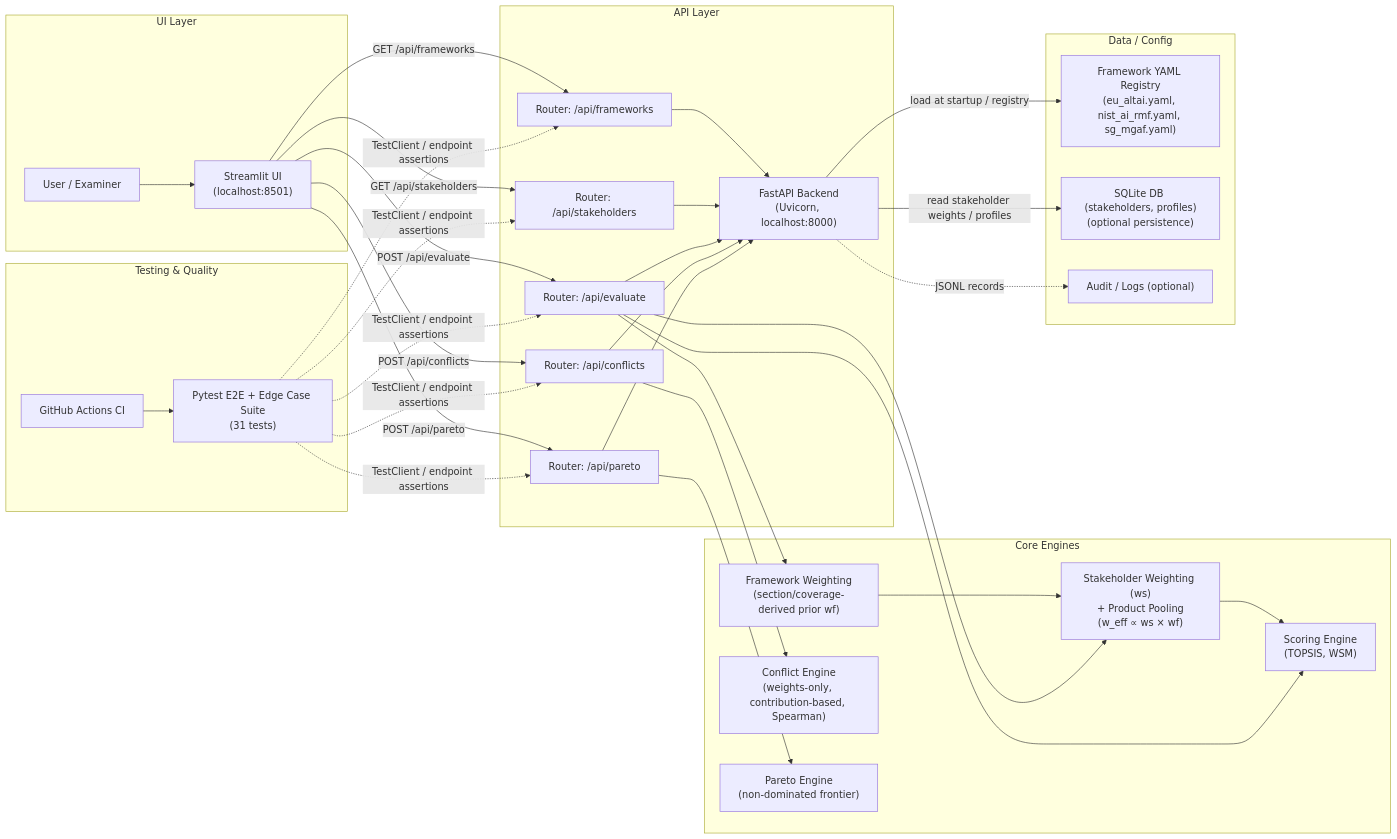
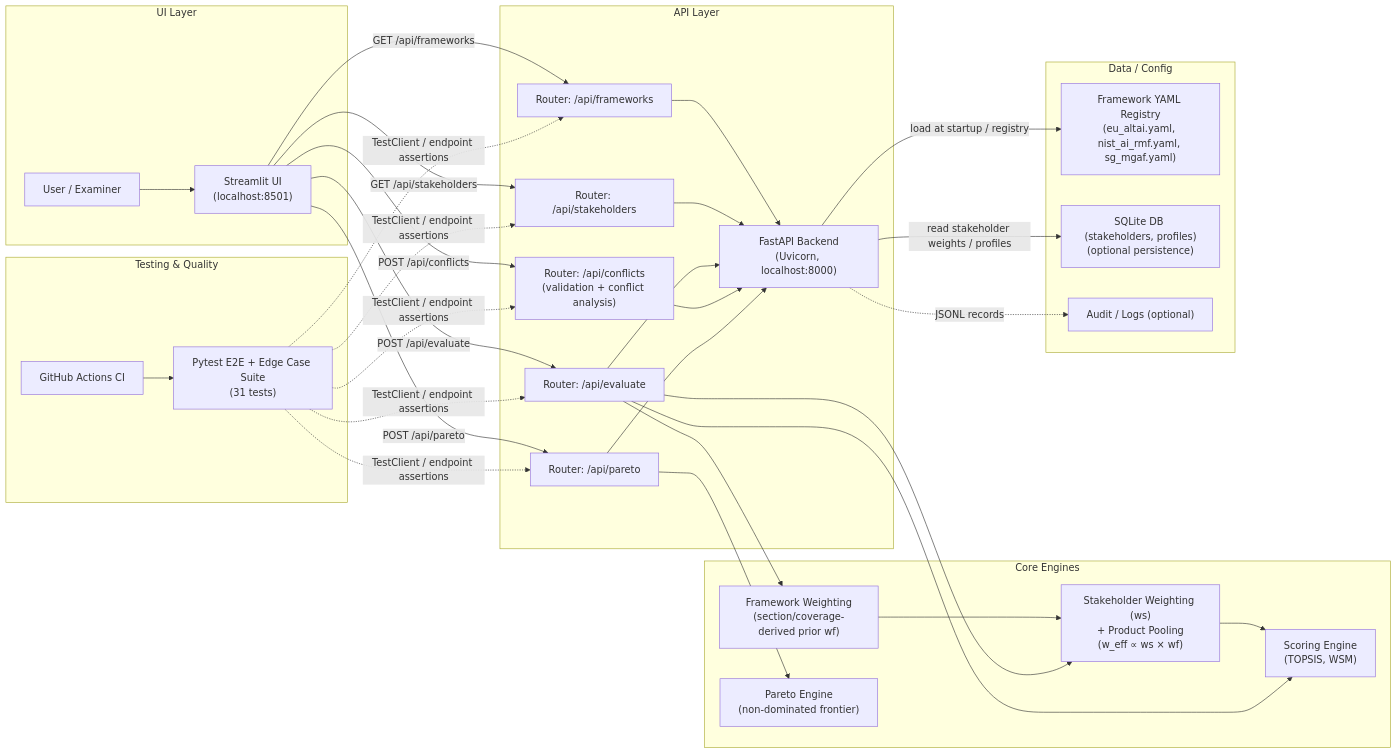
One commit to benjaminyjr17/ccds25-0582-medf changed the diagram in docs/architecture/system_architecture.mmd. Above: the diagram before and after it, drawn with Mermaid. The commit also changed 13 other files, not shown here.

```diff
--- a/docs/architecture/system_architecture.mmd
+++ b/docs/architecture/system_architecture.mmd
@@ -1,68 +1,66 @@
 flowchart LR
 
   subgraph UI["UI Layer"]
     USER["User / Examiner"]
     ST["Streamlit UI<br/>(localhost:8501)"]
     USER --> ST
   end
 
   subgraph API["API Layer"]
     FA["FastAPI Backend<br/>(Uvicorn, localhost:8000)"]
     RFW["Router: /api/frameworks"]
     RST["Router: /api/stakeholders"]
     REV["Router: /api/evaluate"]
-    RCF["Router: /api/conflicts"]
+    RCF["Router: /api/conflicts<br/>(validation + conflict analysis)"]
     RPR["Router: /api/pareto"]
 
     RFW --> FA
     RST --> FA
     REV --> FA
     RCF --> FA
     RPR --> FA
   end
 
   subgraph ENG["Core Engines"]
     FW["Framework Weighting<br/>(section/coverage-derived prior wf)"]
     SW["Stakeholder Weighting (ws)<br/>+ Product Pooling<br/>(w_eff ∝ ws × wf)"]
     SE["Scoring Engine<br/>(TOPSIS, WSM)"]
-    CE["Conflict Engine<br/>(weights-only, contribution-based, Spearman)"]
     PE["Pareto Engine<br/>(non-dominated frontier)"]
 
     FW --> SW
     SW --> SE
   end
 
   subgraph DATA["Data / Config"]
     YAML["Framework YAML Registry<br/>(eu_altai.yaml, nist_ai_rmf.yaml, sg_mgaf.yaml)"]
     DB["SQLite DB (stakeholders, profiles)<br/>(optional persistence)"]
     LOG["Audit / Logs (optional)"]
   end
 
   subgraph TEST["Testing & Quality"]
     PYT["Pytest E2E + Edge Case Suite<br/>(31 tests)"]
     CI["GitHub Actions CI"]
     CI --> PYT
   end
 
   ST -->|"GET /api/frameworks"| RFW
   ST -->|"GET /api/stakeholders"| RST
   ST -->|"POST /api/evaluate"| REV
   ST -->|"POST /api/conflicts"| RCF
   ST -->|"POST /api/pareto"| RPR
 
   REV --> FW
   REV --> SW
   REV --> SE
 
-  RCF --> CE
   RPR --> PE
 
   FA -->|"load at startup / registry"| YAML
   FA -->|"read stakeholder weights / profiles"| DB
   FA -.->|"JSONL records"| LOG
 
   PYT -.->|"TestClient / endpoint assertions"| RFW
   PYT -.->|"TestClient / endpoint assertions"| RST
   PYT -.->|"TestClient / endpoint assertions"| REV
   PYT -.->|"TestClient / endpoint assertions"| RCF
   PYT -.->|"TestClient / endpoint assertions"| RPR
```
